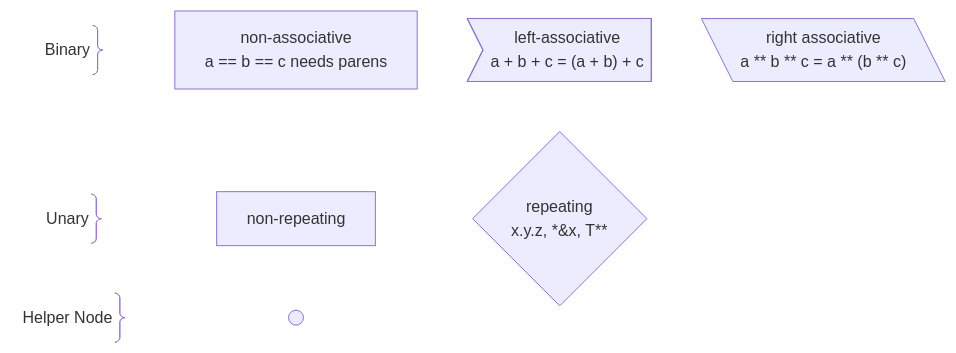
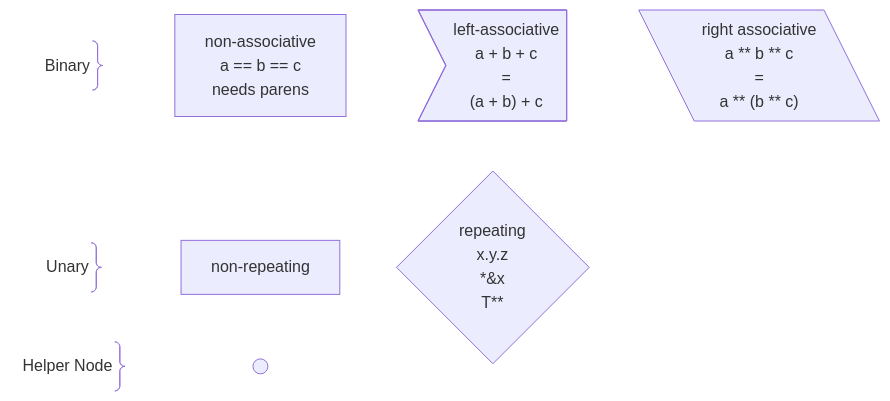
Before and after one commit to laro/Cilia: the third of 3 diagrams in 6 .../2 Unfinished Ideas.md, drawn with Mermaid.

Commit message:
Update 2 Unfinished Ideas.md

````diff
--- a/6 .../2 Unfinished Ideas.md
+++ b/6 .../2 Unfinished Ideas.md
@@ -397,32 +397,39 @@
 ```mermaid
 %%{init: {'themeVariables': {'fontFamily': 'monospace'}}}%%
 graph LR
     binary@{ shape: brace-r, label: "Binary" }
 
     nonAssociative["non-associative
-    a == b == c needs parens"]
+    a == b == c
+    needs parens"]
 
     leftAssociative>"left-associative
-    a + b + c = (a + b) + c"]
+    a + b + c 
+    =
+    (a + b) + c"]
 
     rightAssociative[\"right associative
-    a ** b ** c = a ** (b ** c)"\]
+    a ** b ** c
+    =
+    a ** (b ** c)"\]
 
 
     unary@{ shape: brace-r, label: "Unary" }
 
     nonRepeating["non-repeating"]
 
     repeating{"repeating
-    x.y.z, *&x, T**"}
+    x.y.z
+    *&x
+    T**"}
 
 
     helper@{ shape: brace-r, label: "Helper Node" }
 
     circle((" "))
 
 
     binary ~~~ nonAssociative ~~~ leftAssociative ~~~ rightAssociative
     unary ~~~ nonRepeating ~~~ repeating
     helper ~~~ circle
 ```
````
